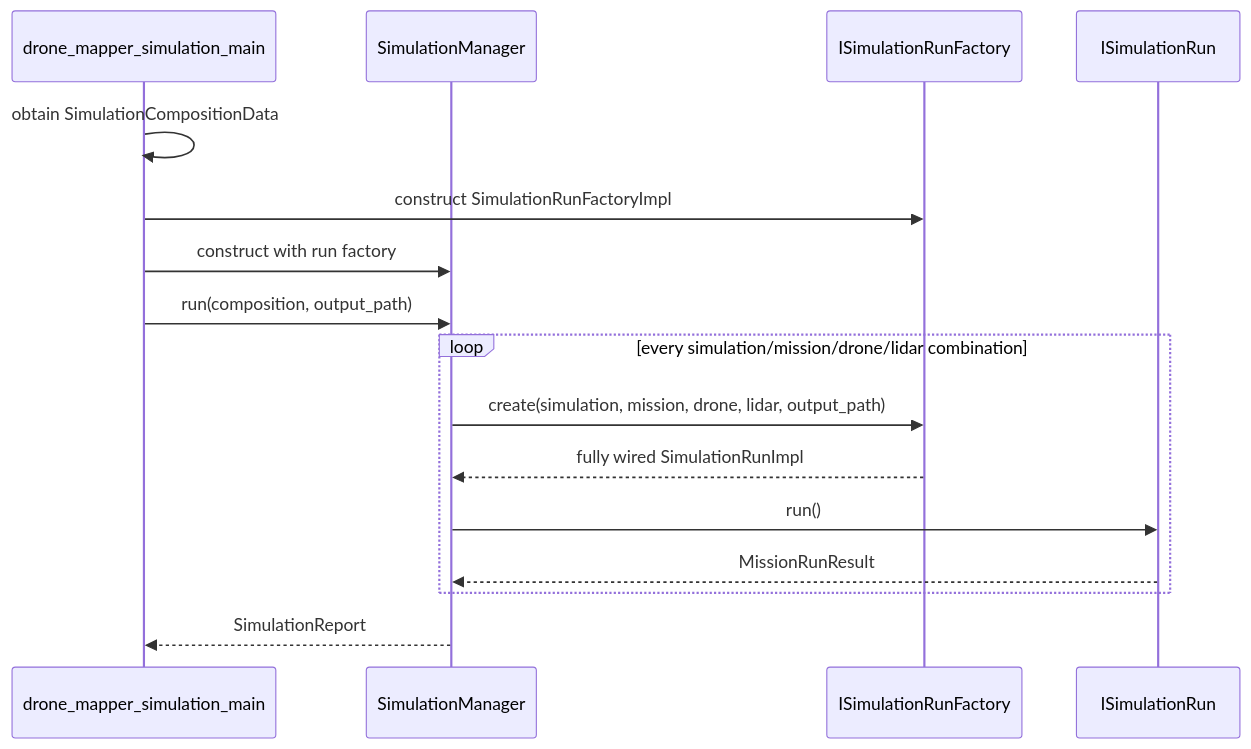
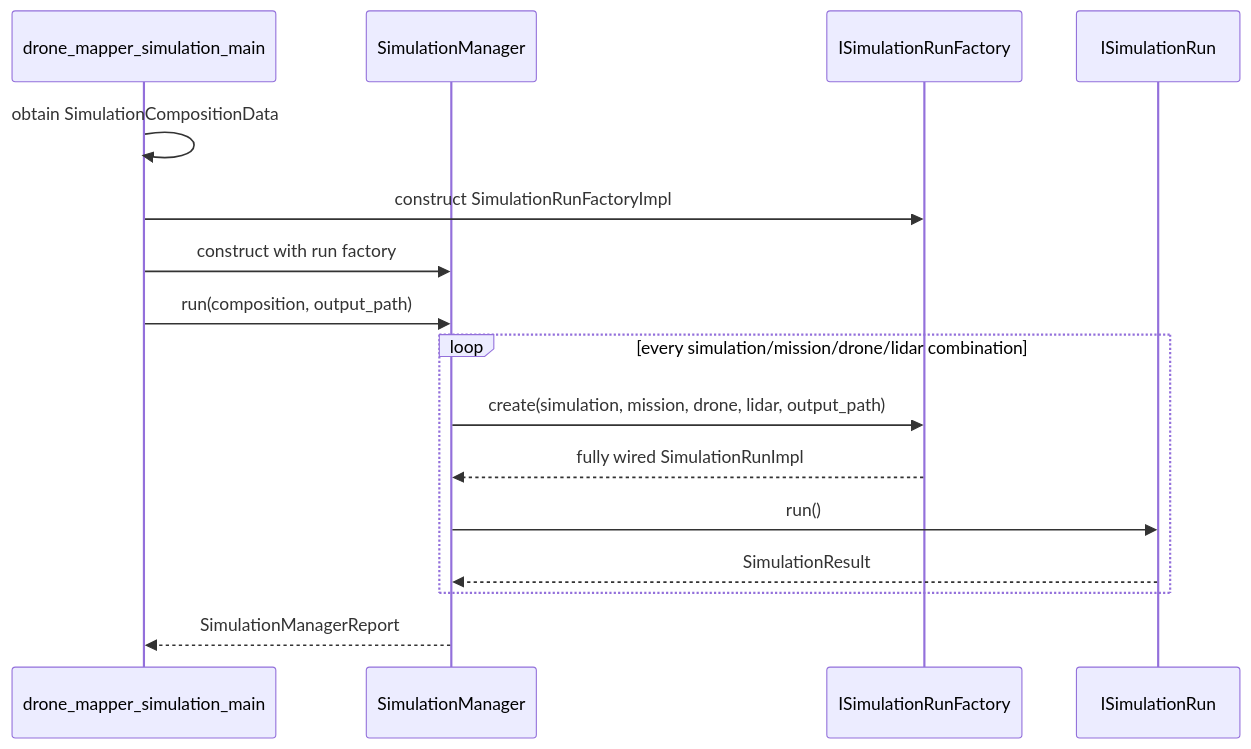
Before and after one commit to davidKop98/drone_mapper_ex2: the second of 4 diagrams in docs/HLD.md, drawn with Mermaid. The commit also changed other lines of this file and 25 other files, not shown here.

First line of the commit message:
Refactor map geometry and simulation reporting Update the simulator interfaces to use offset-aware map configuration and simulation-level run results. Move map bounds into MapConfig, expose map geometry through IMap3D::getMapConfig(), and rename voxel lookup to atVoxel().

````diff
--- a/docs/HLD.md
+++ b/docs/HLD.md
@@ -187,19 +229,19 @@
 ```mermaid
 sequenceDiagram
     participant Main as drone_mapper_simulation_main
     participant Manager as SimulationManager
     participant Factory as ISimulationRunFactory
     participant Run as ISimulationRun
 
     Main->>Main: obtain SimulationCompositionData
     Main->>Factory: construct SimulationRunFactoryImpl
     Main->>Manager: construct with run factory
     Main->>Manager: run(composition, output_path)
     loop every simulation/mission/drone/lidar combination
         Manager->>Factory: create(simulation, mission, drone, lidar, output_path)
         Factory-->>Manager: fully wired SimulationRunImpl
         Manager->>Run: run()
-        Run-->>Manager: MissionRunResult
+        Run-->>Manager: SimulationResult
     end
-    Manager-->>Main: SimulationReport
+    Manager-->>Main: SimulationManagerReport
 ```
````
